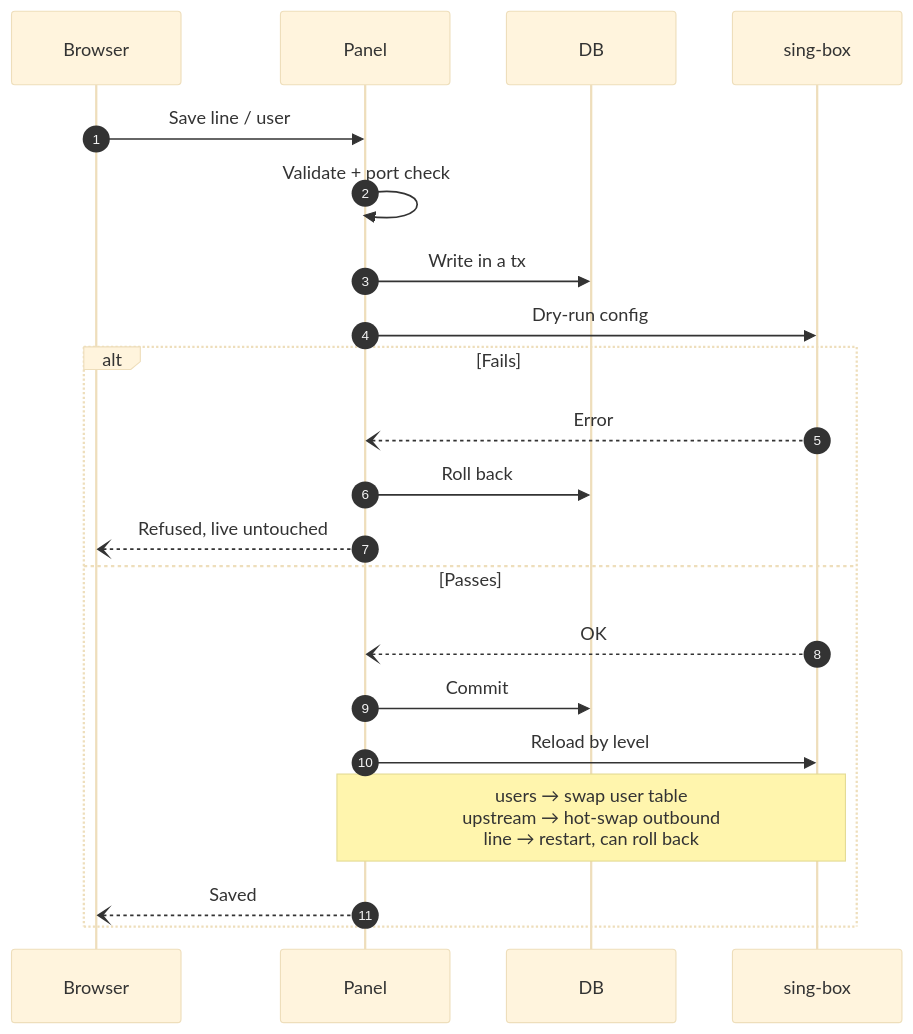
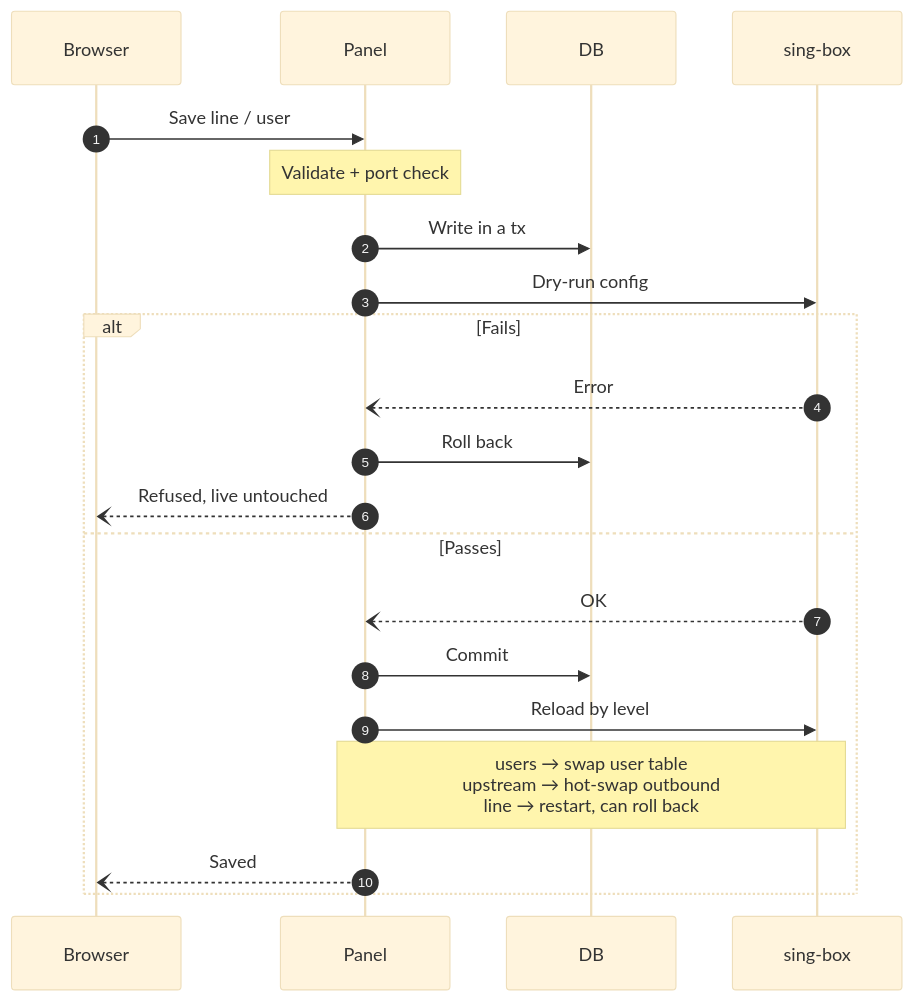
The second of 5 diagrams in README.en.md (Maoyangui/m-ui), drawn with Mermaid (base theme) before and after one commit. The commit also changed other lines of this file and 1 other file, not shown here.

Commit message:
README 时序图:自己给自己的消息改成备注框(原来文字压在生命线和自环箭头上)

````diff
--- a/README.en.md
+++ b/README.en.md
@@ -134,24 +134,24 @@
 ```mermaid
 sequenceDiagram
   autonumber
   participant B as Browser
   participant W as Panel
   participant D as DB
   participant S as sing-box
 
   B->>W: Save line / user
-  W->>W: Validate + port check
+  Note over W: Validate + port check
   W->>D: Write in a tx
   W->>S: Dry-run config
   alt Fails
     S--)W: Error
     W->>D: Roll back
     W--)B: Refused, live untouched
   else Passes
     S--)W: OK
     W->>D: Commit
     W->>S: Reload by level
     Note over W,S: users → swap user table<br/>upstream → hot-swap outbound<br/>line → restart, can roll back
     W--)B: Saved
   end
 ```
````
